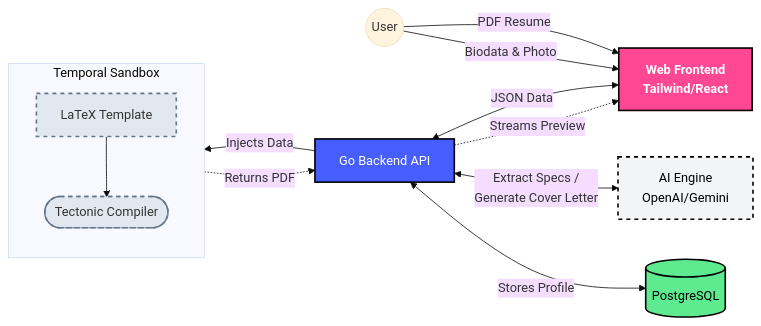
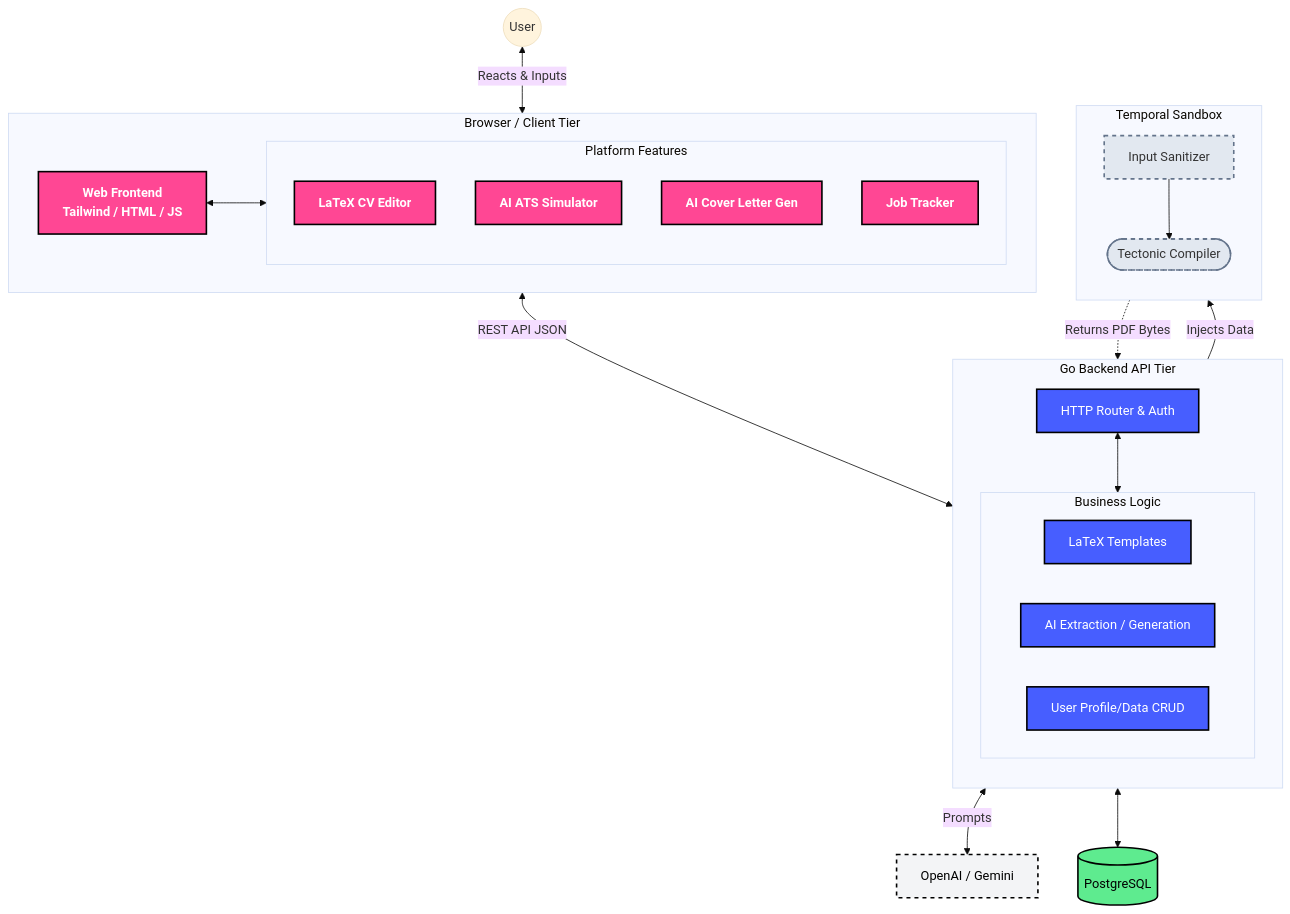
Before and after one commit to SemmiDev/atstex-lab: the diagram in README.md, drawn with Mermaid (base theme).

Commit message:
docs: strike balance with medium complexity architecture diagram

````diff
--- a/README.md
+++ b/README.md
@@ -15,43 +15,67 @@
 ```mermaid
-flowchart LR
+flowchart TB
     %% Entities
     User((User))
-    UI[Web Frontend<br/>Tailwind/React]
-    GoAPI[Go Backend API]
+
+    subgraph Client [Browser / Client Tier]
+        direction LR
+        UI[Web Frontend<br/>Tailwind / HTML / JS]
+
+        subgraph Features [Platform Features]
+            direction TB
+            Builder[LaTeX CV Editor]
+            ATS[AI ATS Simulator]
+            Cover[AI Cover Letter Gen]
+            Kanban[Job Tracker]
+        end
+        UI <--> Features
+    end
+
+    subgraph Server [Go Backend API Tier]
+        direction TB
+        Gateway[HTTP Router & Auth]
+
+        subgraph Services [Business Logic]
+            direction LR
+            TemplateSvc[LaTeX Templates]
+            AISvc[AI Extraction / Generation]
+            ProfileSvc[User Profile/Data CRUD]
+        end
+        Gateway <--> Services
+    end
+
+    %% External & DB
     DB[(PostgreSQL)]
-    AI[AI Engine<br/>OpenAI/Gemini]
+    AI_API[OpenAI / Gemini]
 
     %% Sandbox Subgraph
     subgraph Sandbox [Temporal Sandbox]
         direction TB
-        Template[LaTeX Template]
+        Sanitizer[Input Sanitizer]
         Tectonic([Tectonic Compiler])
+        Sanitizer --> Tectonic
     end
 
-    %% Flow
-    User -->|Biodata & Photo| UI
-    User -->|PDF Resume| UI
+    %% Data Flow
+    User <-->|Reacts & Inputs| Client
+    Client <-->|REST API JSON| Gateway
 
-    UI <-->|JSON Data| GoAPI
+    Services <--> DB
+    AISvc <-->|Prompts| AI_API
 
-    GoAPI <-->|Stores Profile| DB
-    GoAPI <-->|Extract Specs /<br/>Generate Cover Letter| AI
-
-    GoAPI -->|Injects Data| Template
-    Template --> Tectonic
-    Tectonic -.->|Returns PDF| GoAPI
-    GoAPI -.->|Streams Preview| UI
+    TemplateSvc -->|Injects Data| Sanitizer
+    Tectonic -.->|Returns PDF Bytes| Gateway
 
     %% Styling Elements
     classDef primary fill:#ff4794,stroke:#000,stroke-width:2px,color:#fff,font-weight:bold;
     classDef secondary fill:#475eff,stroke:#000,stroke-width:2px,color:#fff;
     classDef database fill:#5eeb8f,stroke:#000,stroke-width:2px,color:#000;
     classDef external fill:#f3f4f6,stroke:#000,stroke-width:2px,color:#000,stroke-dasharray: 5 5;
     classDef sandbox fill:#e2e8f0,stroke:#64748b,stroke-width:2px,stroke-dasharray: 5 5;
 
-    class UI primary;
-    class GoAPI secondary;
+    class UI,Builder,ATS,Cover,Kanban primary;
+    class Gateway,TemplateSvc,AISvc,ProfileSvc secondary;
     class DB database;
-    class AI external;
-    class Template,Tectonic sandbox;
+    class AI_API external;
+    class Sanitizer,Tectonic sandbox;
 ```
````
